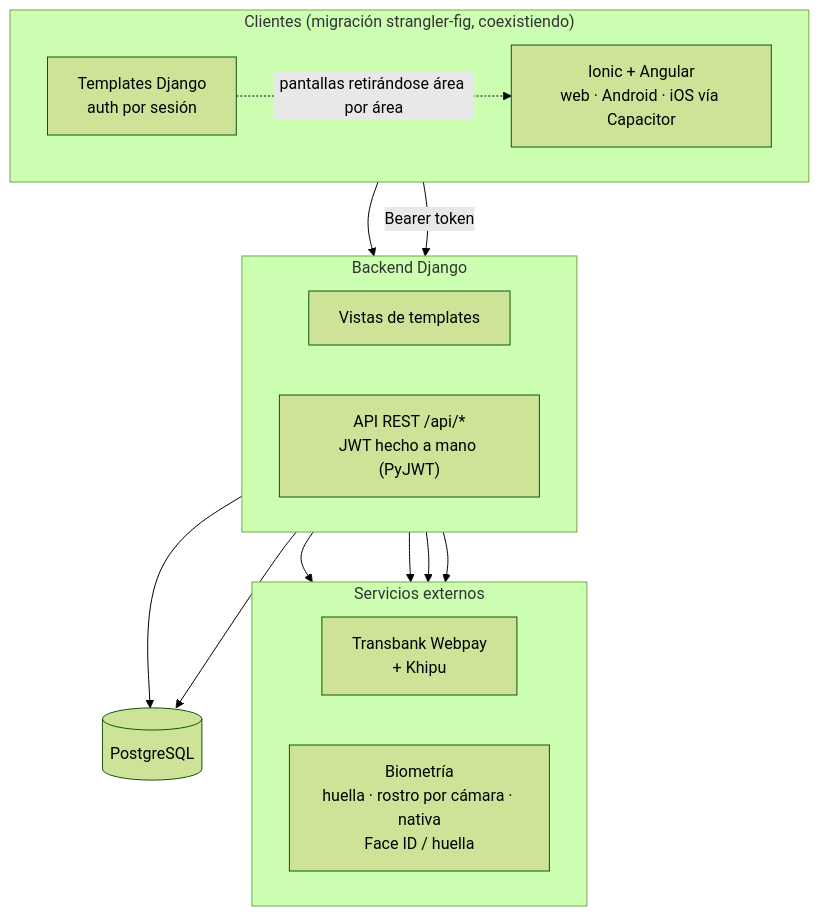
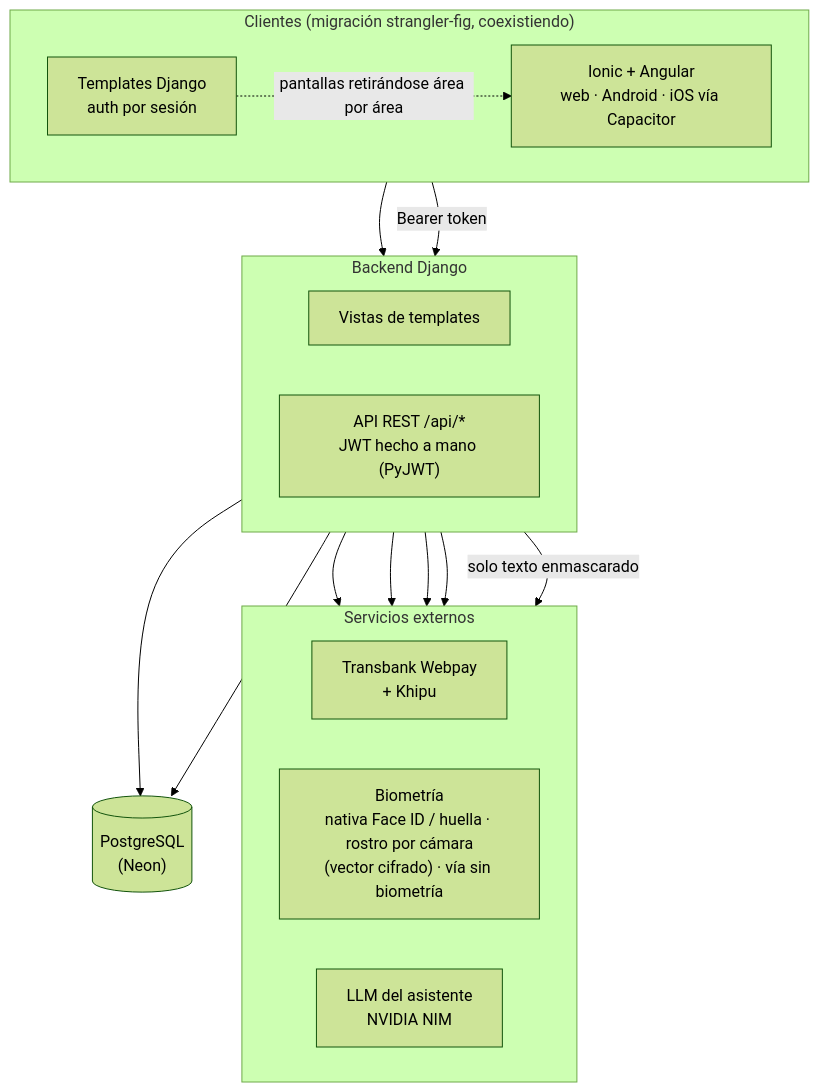
Before and after one commit to KuityPipe/Tesis-Mejorada: the diagram in README.es.md, drawn with Mermaid (forest theme). The commit also changed other lines of this file and 8 other files, not shown here.

````diff
--- a/README.es.md
+++ b/README.es.md
@@ -39,33 +41,35 @@
 ```mermaid
 flowchart TB
     subgraph CLIENTS["Clientes (migración strangler-fig, coexistiendo)"]
         direction LR
         TPL["Templates Django<br/>auth por sesión"]
         ION["Ionic + Angular<br/>web · Android · iOS vía Capacitor"]
     end
 
     TPL -. "pantallas retirándose área por área" .-> ION
 
     subgraph BACKEND["Backend Django"]
         direction LR
         VIEWS["Vistas de templates"]
         API["API REST /api/*<br/>JWT hecho a mano (PyJWT)"]
     end
 
     TPL --> VIEWS
     ION -- "Bearer token" --> API
 
-    VIEWS --> DB[("PostgreSQL")]
+    VIEWS --> DB[("PostgreSQL<br/>(Neon)")]
     API --> DB
 
     VIEWS --> PAY
     API --> PAY
     VIEWS --> BIO
     API --> BIO
+    API -- "solo texto enmascarado" --> LLM
 
     subgraph EXTERNAL["Servicios externos"]
         direction LR
         PAY["Transbank Webpay<br/>+ Khipu"]
-        BIO["Biometría<br/>huella · rostro por cámara · nativa<br/>Face ID / huella"]
+        BIO["Biometría<br/>nativa Face ID / huella · rostro por cámara<br/>(vector cifrado) · vía sin biometría"]
+        LLM["LLM del asistente<br/>NVIDIA NIM"]
     end
 ```
````
